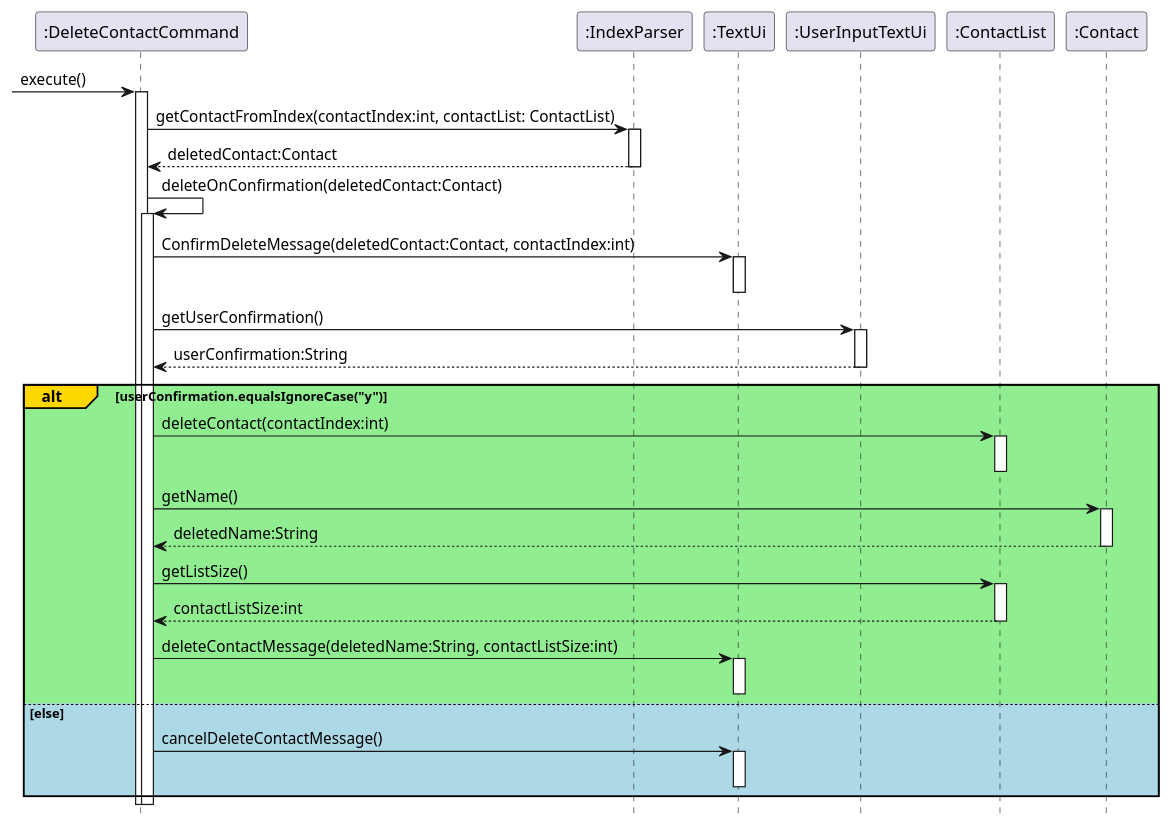
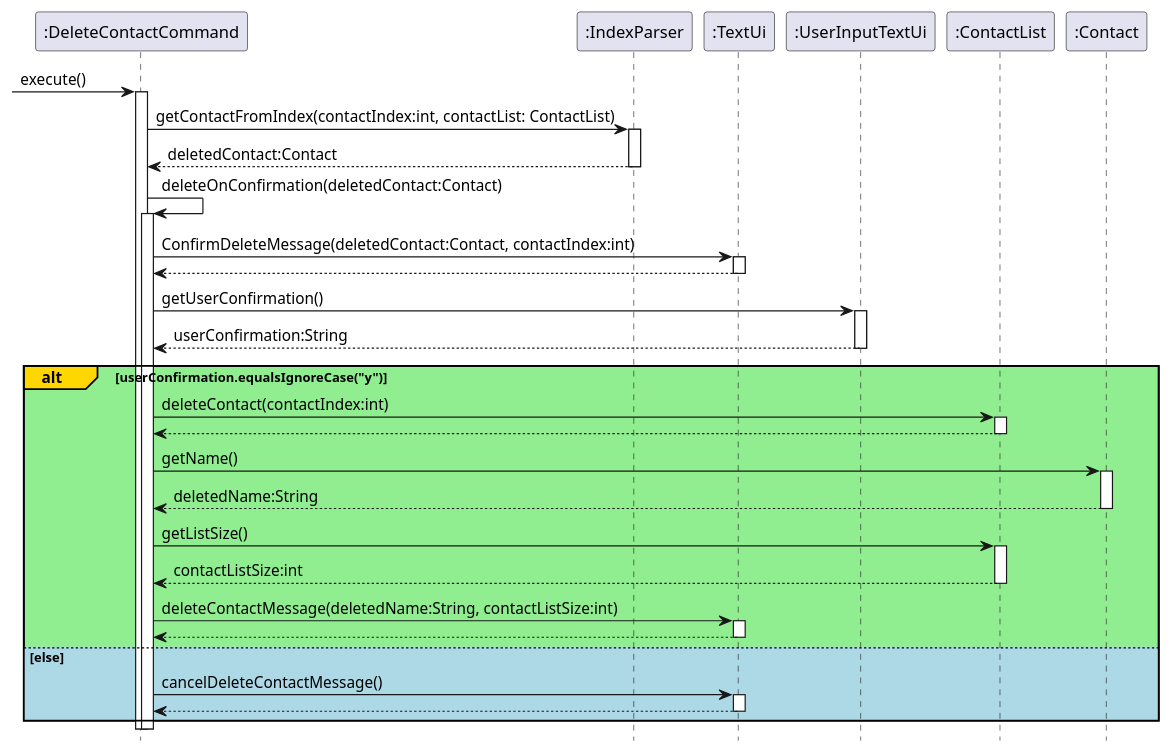
Before and after one commit to nus-cs2113-AY2122S1/tp: the diagram in docs/diagrams/DeleteContactCommand.puml, drawn with PlantUML. The commit also changed 2 other files, not shown here.

Commit message:
Minor edits to Developer Guide for DeleteCommand Sequence Diagram

```diff
--- a/docs/diagrams/DeleteContactCommand.puml
+++ b/docs/diagrams/DeleteContactCommand.puml
@@ -1,49 +1,55 @@
 @startuml
 hide footbox
 'https://plantuml.com/sequence-diagram
 -> ":DeleteContactCommand": execute()
 activate ":DeleteContactCommand"
 
 ":DeleteContactCommand" -> ":IndexParser" :getContactFromIndex(contactIndex:int, contactList: ContactList)
 activate ":IndexParser"
 ":IndexParser" --> ":DeleteContactCommand" :deletedContact:Contact
 deactivate ":IndexParser"
 
 ":DeleteContactCommand" -> ":DeleteContactCommand":deleteOnConfirmation(deletedContact:Contact)
 activate ":DeleteContactCommand"
 ":DeleteContactCommand" -> ":TextUi":ConfirmDeleteMessage(deletedContact:Contact, contactIndex:int)
 activate ":TextUi"
+":TextUi" --> ":DeleteContactCommand"
 deactivate ":TextUi"
 
 ":DeleteContactCommand" -> ":UserInputTextUi":getUserConfirmation()
 activate ":UserInputTextUi"
 ":UserInputTextUi" --> ":DeleteContactCommand" :userConfirmation:String
 deactivate ":UserInputTextUi"
 
 alt#gold #lightgreen userConfirmation.equalsIgnoreCase("y")
     ":DeleteContactCommand" -> ":ContactList": deleteContact(contactIndex:int)
     activate ":ContactList"
+    ":ContactList" --> ":DeleteContactCommand"
     deactivate ":ContactList"
     ":DeleteContactCommand" -> ":Contact" :getName()
     activate ":Contact"
     ":Contact" --> ":DeleteContactCommand":deletedName:String
     deactivate ":Contact"
 
     ":DeleteContactCommand" -> ":ContactList":getListSize()
     activate ":ContactList"
     ":ContactList" --> ":DeleteContactCommand" :contactListSize:int
     deactivate ":ContactList"
 
     ":DeleteContactCommand" -> ":TextUi":deleteContactMessage(deletedName:String, contactListSize:int)
     activate ":TextUi"
+    ":TextUi" --> ":DeleteContactCommand"
     deactivate ":TextUi"
+
 
 else #lightblue else
     ":DeleteContactCommand" -> ":TextUi":cancelDeleteContactMessage()
     activate ":TextUi"
+    ":TextUi" --> ":DeleteContactCommand"
     deactivate ":TextUi"
+
 end
 deactivate ":DeleteContactCommand"
 deactivate ":DeleteContactCommand"
 
 @enduml
```
